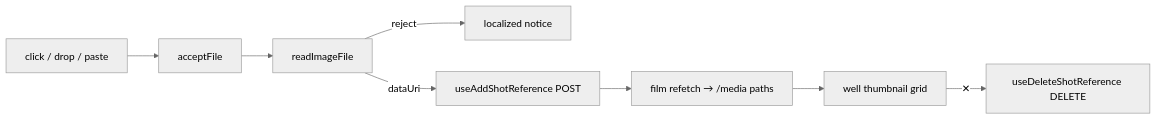
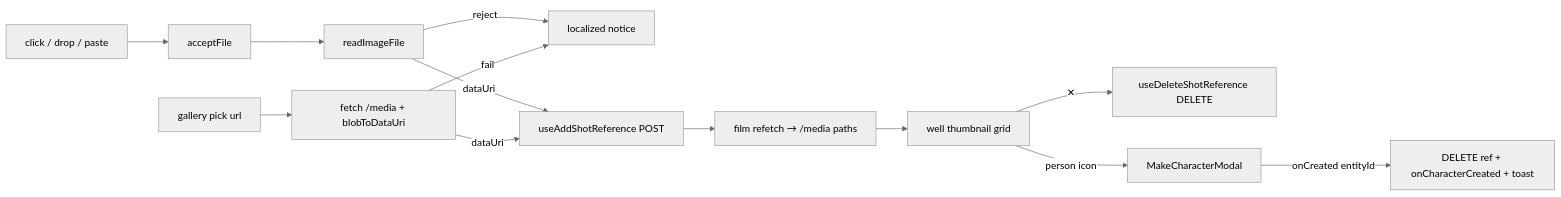
One commit to AzamatRaimbekov2/openCreate changed the diagram in apps/web/src/modules/Cinema/components/ShotReferenceImages.tsx.md. Above: the diagram before and after it, drawn with Mermaid (neutral theme). The commit also changed other lines of this file and 206 other files, not shown here.

````diff
--- a/apps/web/src/modules/Cinema/components/ShotReferenceImages.tsx.md
+++ b/apps/web/src/modules/Cinema/components/ShotReferenceImages.tsx.md
@@ -43,10 +55,15 @@
 ```mermaid
 flowchart LR
   CLICK[click / drop / paste] --> ACCEPT[acceptFile]
   ACCEPT --> GATE[readImageFile]
   GATE -->|reject| NOTE[localized notice]
   GATE -->|dataUri| ADD[useAddShotReference POST]
+  PICK[gallery pick url] --> FETCH[fetch /media + blobToDataUri]
+  FETCH -->|fail| NOTE
+  FETCH -->|dataUri| ADD
   ADD --> REFETCH[film refetch → /media paths]
   REFETCH --> GRID[well thumbnail grid]
   GRID -->|✕| DEL[useDeleteShotReference DELETE]
+  GRID -->|person icon| MC[MakeCharacterModal]
+  MC -->|onCreated entityId| FX[DELETE ref + onCharacterCreated + toast]
 ```
````
